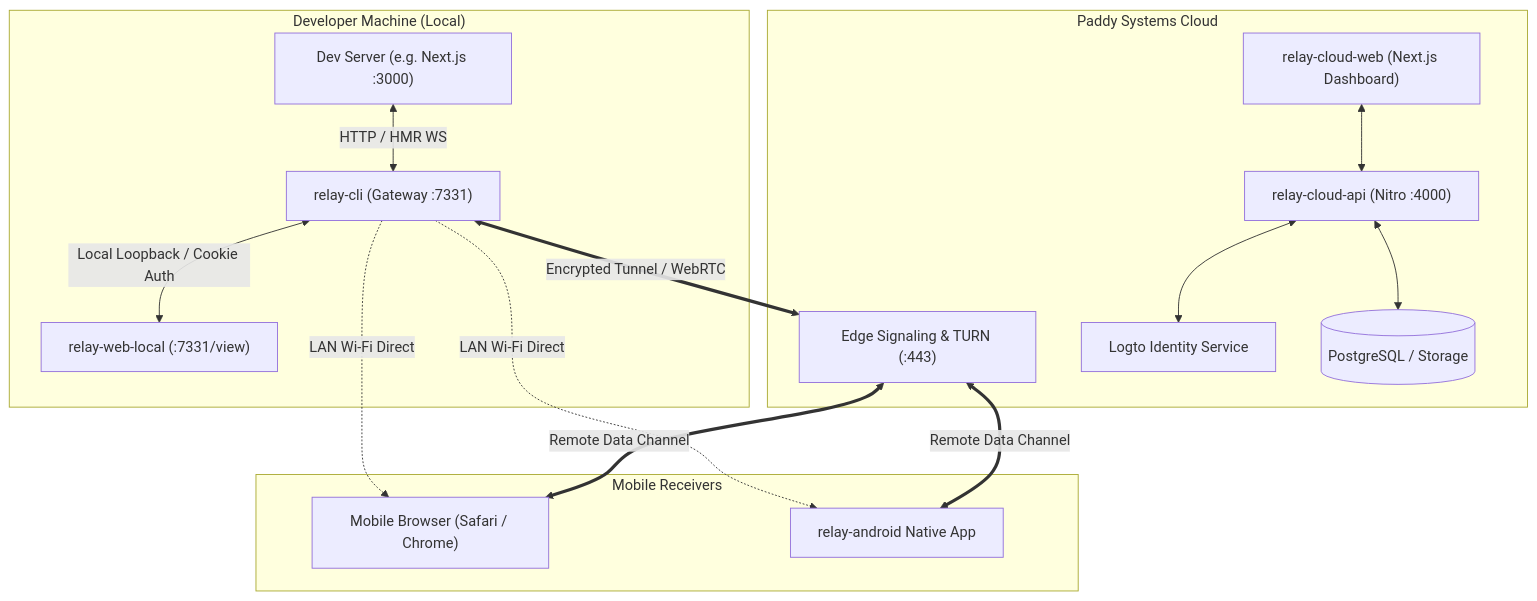
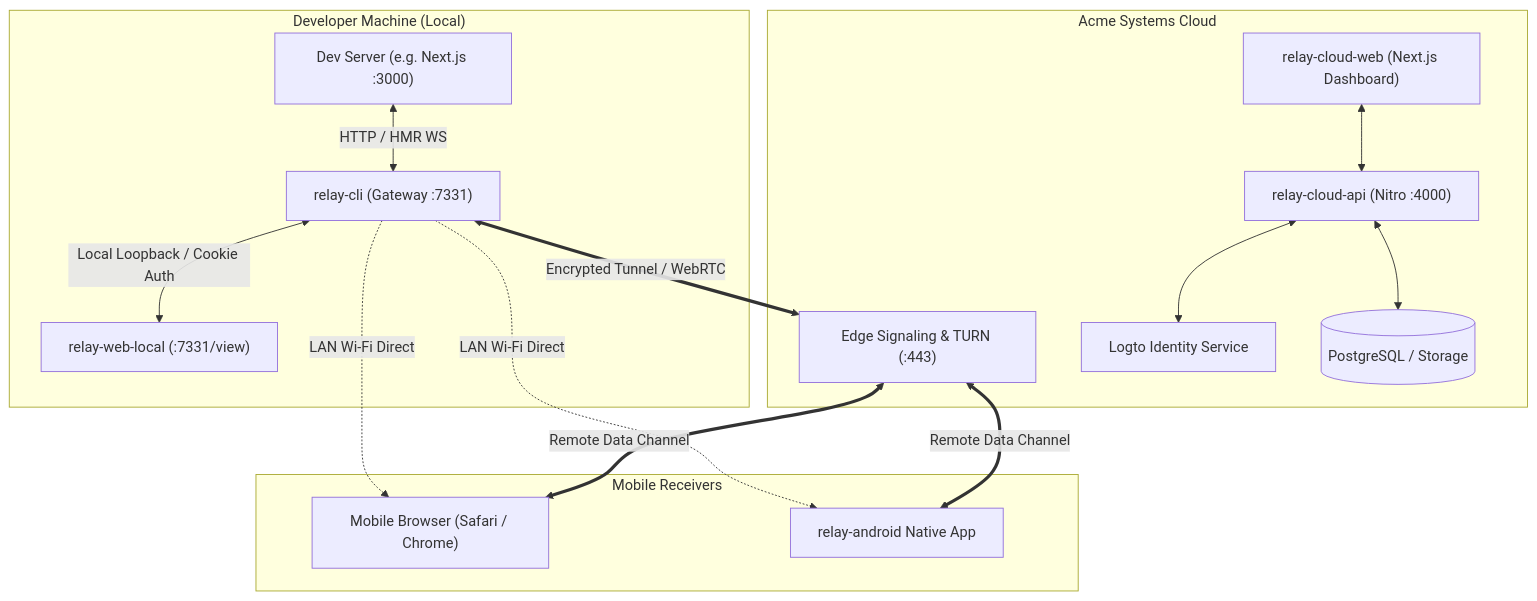
The diagram in apps/relay/PLAN_100_TASKS.md (ptekspy/relay), drawn with Mermaid before and after one commit. The commit also changed other lines of this file and 425 other files, not shown here.

````diff
--- a/apps/relay/PLAN_100_TASKS.md
+++ b/apps/relay/PLAN_100_TASKS.md
@@ -11,34 +11,34 @@
 ```mermaid
 flowchart TD
     subgraph LocalMachine ["Developer Machine (Local)"]
         DEV["Dev Server (e.g. Next.js :3000)"]
         CLI["relay-cli (Gateway :7331)"]
         LOCAL_WEB["relay-web-local (:7331/view)"]
         DEV <-->|HTTP / HMR WS| CLI
         CLI <-->|Local Loopback / Cookie Auth| LOCAL_WEB
     end
 
     subgraph MobileDevice ["Mobile Receivers"]
         M_BROWSER["Mobile Browser (Safari / Chrome)"]
         M_ANDROID["relay-android Native App"]
     end
 
-    subgraph CloudInfra ["Paddy Systems Cloud"]
+    subgraph CloudInfra ["Acme Systems Cloud"]
         CLOUD_API["relay-cloud-api (Nitro :4000)"]
         EDGE_ROUTER["Edge Signaling & TURN (:443)"]
         CLOUD_WEB["relay-cloud-web (Next.js Dashboard)"]
         LOGTO["Logto Identity Service"]
         DB[(PostgreSQL / Storage)]
     end
 
     CLI -.->|LAN Wi-Fi Direct| M_BROWSER
     CLI -.->|LAN Wi-Fi Direct| M_ANDROID
 
     CLI <==>|Encrypted Tunnel / WebRTC| EDGE_ROUTER
     EDGE_ROUTER <==>|Remote Data Channel| M_BROWSER
     EDGE_ROUTER <==>|Remote Data Channel| M_ANDROID
 
     CLOUD_API <--> DB
     CLOUD_API <--> LOGTO
     CLOUD_WEB <--> CLOUD_API
 ```
````
